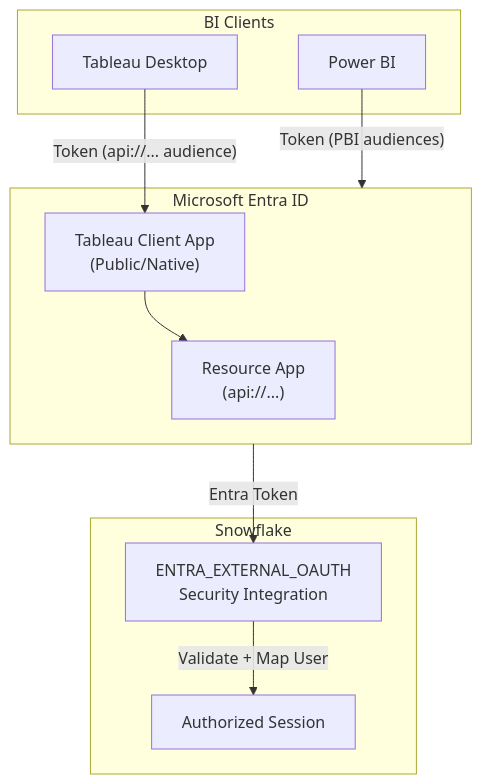
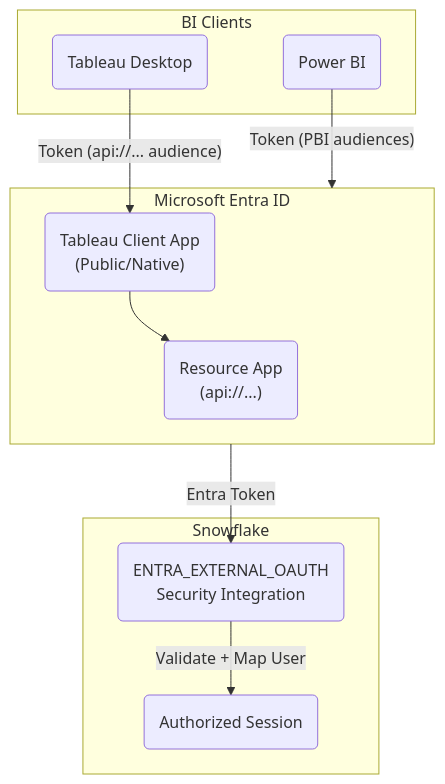
One commit to svc-bi-concepts/SnowflakeTutorials changed the diagram in docs/authentication/entra-unified-oauth.md. Above: the diagram before and after it, drawn with Mermaid. The commit also changed 35 other files, not shown here.

First line of the commit message:
Add MFA warnings and improve Mermaid diagram styling

````diff
--- a/docs/authentication/entra-unified-oauth.md
+++ b/docs/authentication/entra-unified-oauth.md
@@ -14,24 +14,24 @@
 ```mermaid
 flowchart TB
     subgraph Entra["Microsoft Entra ID"]
-        ResourceApp["Resource App<br/>(api://...)"]
-        TableauClient["Tableau Client App<br/>(Public/Native)"]
+        ResourceApp("Resource App<br/>(api://...)")
+        TableauClient("Tableau Client App<br/>(Public/Native)")
     end
     
     subgraph Clients["BI Clients"]
-        PowerBI["Power BI"]
-        Tableau["Tableau Desktop"]
+        PowerBI("Power BI")
+        Tableau("Tableau Desktop")
     end
     
     subgraph Snowflake["Snowflake"]
-        Integration["ENTRA_EXTERNAL_OAUTH<br/>Security Integration"]
-        Session["Authorized Session"]
+        Integration("ENTRA_EXTERNAL_OAUTH<br/>Security Integration")
+        Session("Authorized Session")
     end
     
     PowerBI -->|"Token (PBI audiences)"| Entra
     Tableau -->|"Token (api://... audience)"| TableauClient
     TableauClient --> ResourceApp
     
     Entra -->|"Entra Token"| Integration
     Integration -->|"Validate + Map User"| Session
 ```
````
